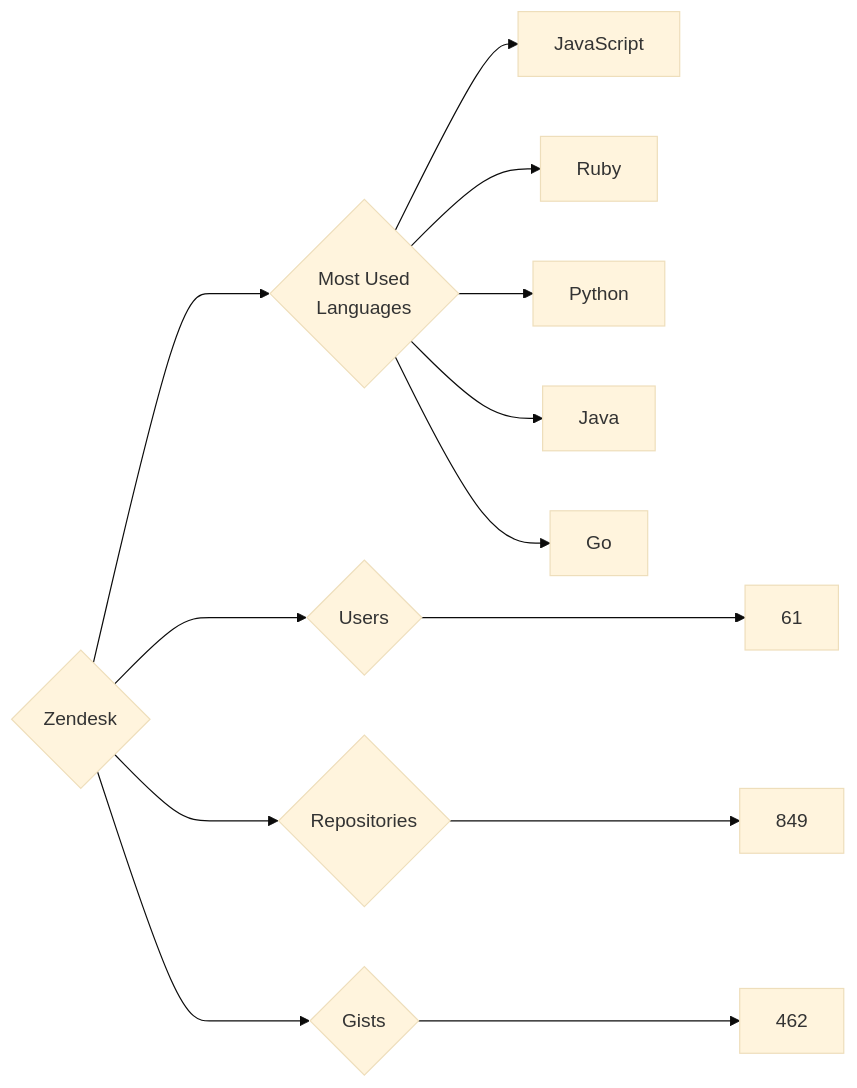
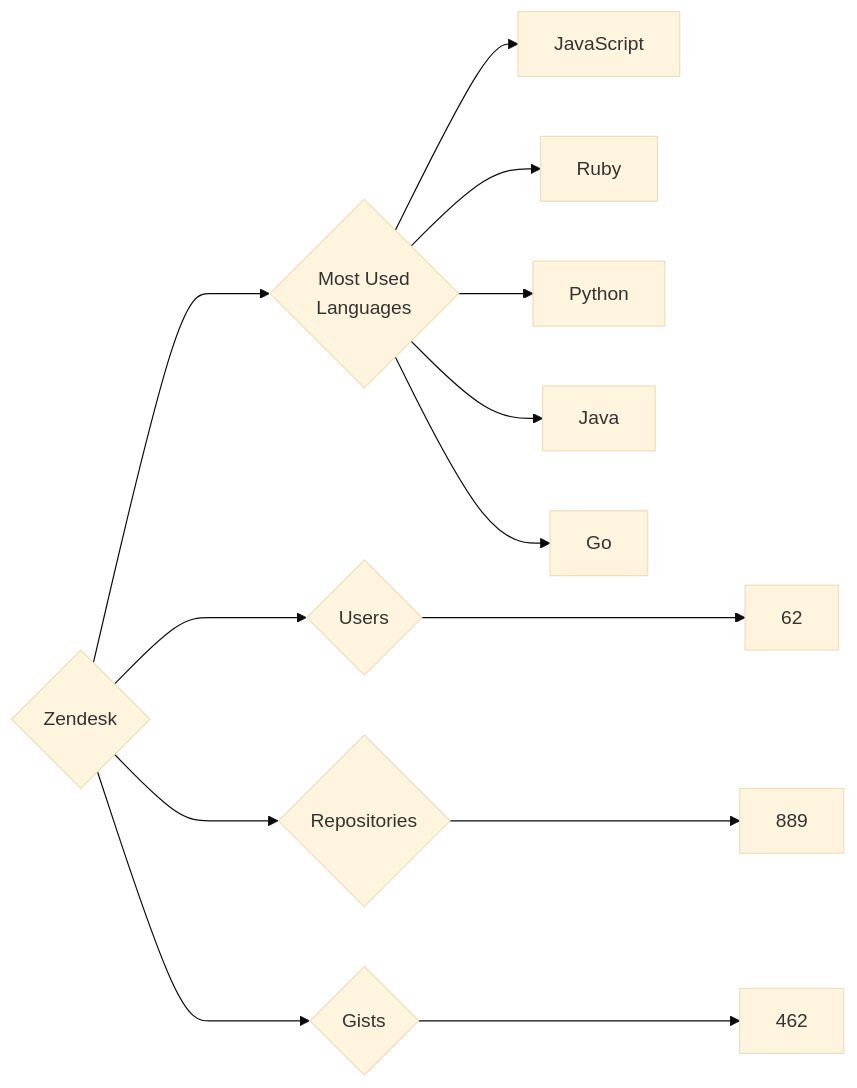
The diagram in targets/Zendesk/README.md (trickest/insiders), drawn with Mermaid (base theme) before and after one commit. The commit also changed 682 other files, not shown here.

````diff
--- a/targets/Zendesk/README.md
+++ b/targets/Zendesk/README.md
@@ -3,13 +3,13 @@
 ```mermaid
 graph LR
 COMPANY_NAME{Zendesk}
-COMPANY_NAME ---> U{Users} ---> UN[61]
-COMPANY_NAME ---> R{Repositories} ---> RN[849]
+COMPANY_NAME ---> U{Users} ---> UN[62]
+COMPANY_NAME ---> R{Repositories} ---> RN[889]
 COMPANY_NAME ---> G{Gists} ---> GN[462]
 COMPANY_NAME ---> ML{Most Used<br>Languages}
 ML --> JavaScript[JavaScript]
 ML --> Ruby[Ruby]
 ML --> Python[Python]
 ML --> Java[Java]
 ML --> Go[Go]
 ```
````
